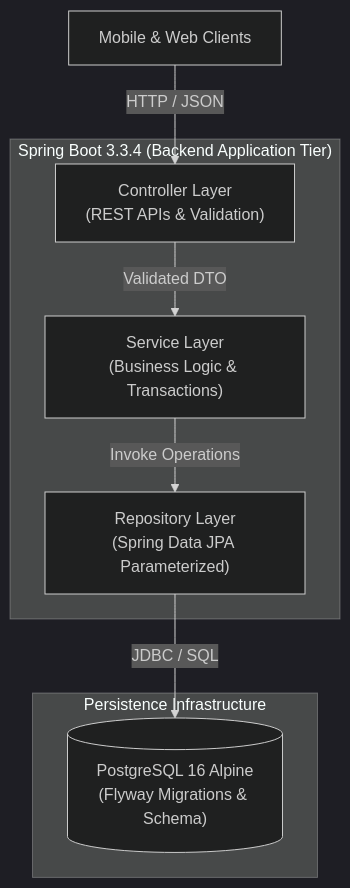
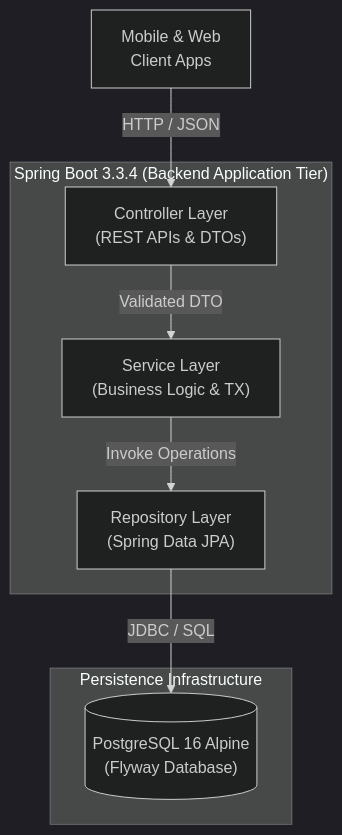
The first of 3 diagrams in README.md (Varian08/smart-local-planner), drawn with Mermaid (dark theme) before and after one commit. The commit also changed other lines of this file and 2 other files, not shown here.

Commit message:
docs(mermaid): break Client node into two lines and add trailing safety padding to guarantee zero text clipping

````diff
--- a/README.md
+++ b/README.md
@@ -67,19 +67,19 @@
 ```mermaid
 flowchart TD
-    Client["Mobile & Web Clients"] -->|"HTTP / JSON"| Controller
+    Client["Mobile & Web<br/>Client Apps    "] -->|"HTTP / JSON"| Controller
 
     subgraph BackendApp ["Spring Boot 3.3.4 (Backend Application Tier)"]
-        Controller["Controller Layer<br/>(REST APIs & Validation)"]
-        Service["Service Layer<br/>(Business Logic & Transactions)"]
-        Repository["Repository Layer<br/>(Spring Data JPA Parameterized)"]
+        Controller["Controller Layer<br/>(REST APIs & DTOs)    "]
+        Service["Service Layer<br/>(Business Logic & TX)    "]
+        Repository["Repository Layer<br/>(Spring Data JPA)    "]
         
         Controller -->|"Validated DTO"| Service
         Service -->|"Invoke Operations"| Repository
     end
 
     subgraph PersistenceTier ["Persistence Infrastructure"]
-        Postgres[("PostgreSQL 16 Alpine<br/>(Flyway Migrations & Schema)")]
+        Postgres[("PostgreSQL 16 Alpine<br/>(Flyway Database)    ")]
     end
 
     Repository -->|"JDBC / SQL"| Postgres
 ```
````
